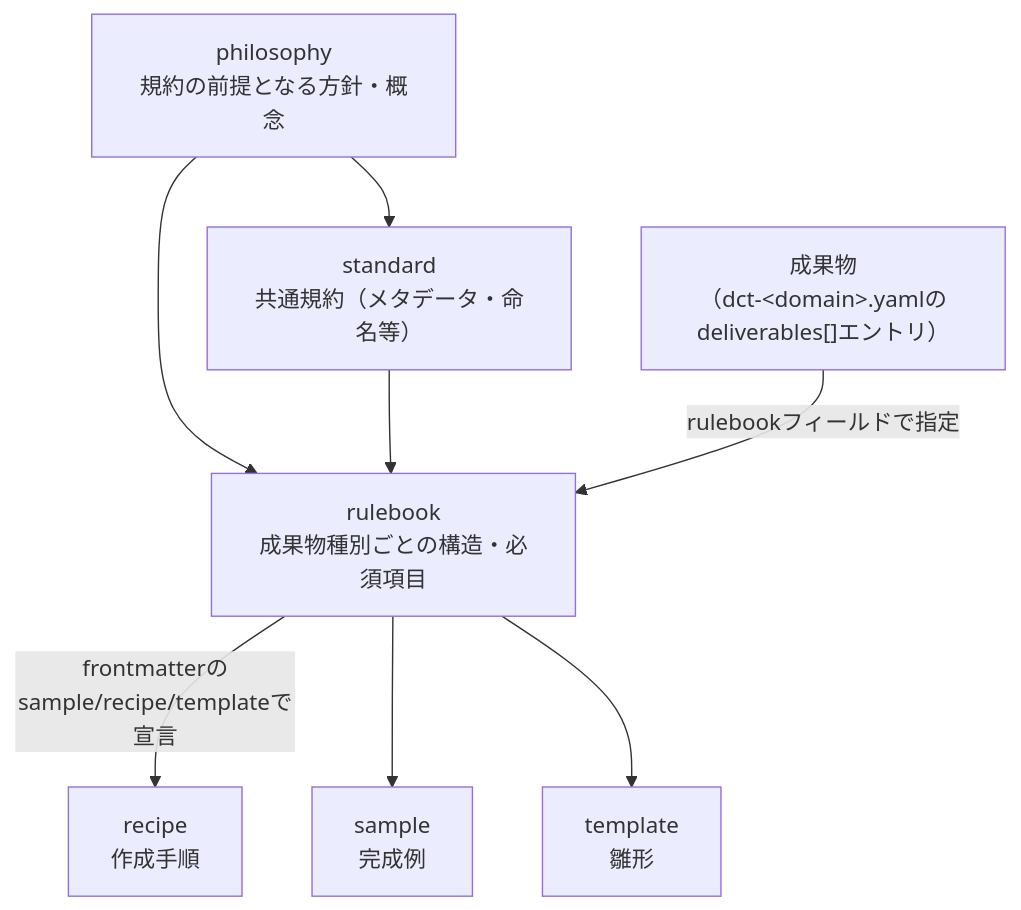
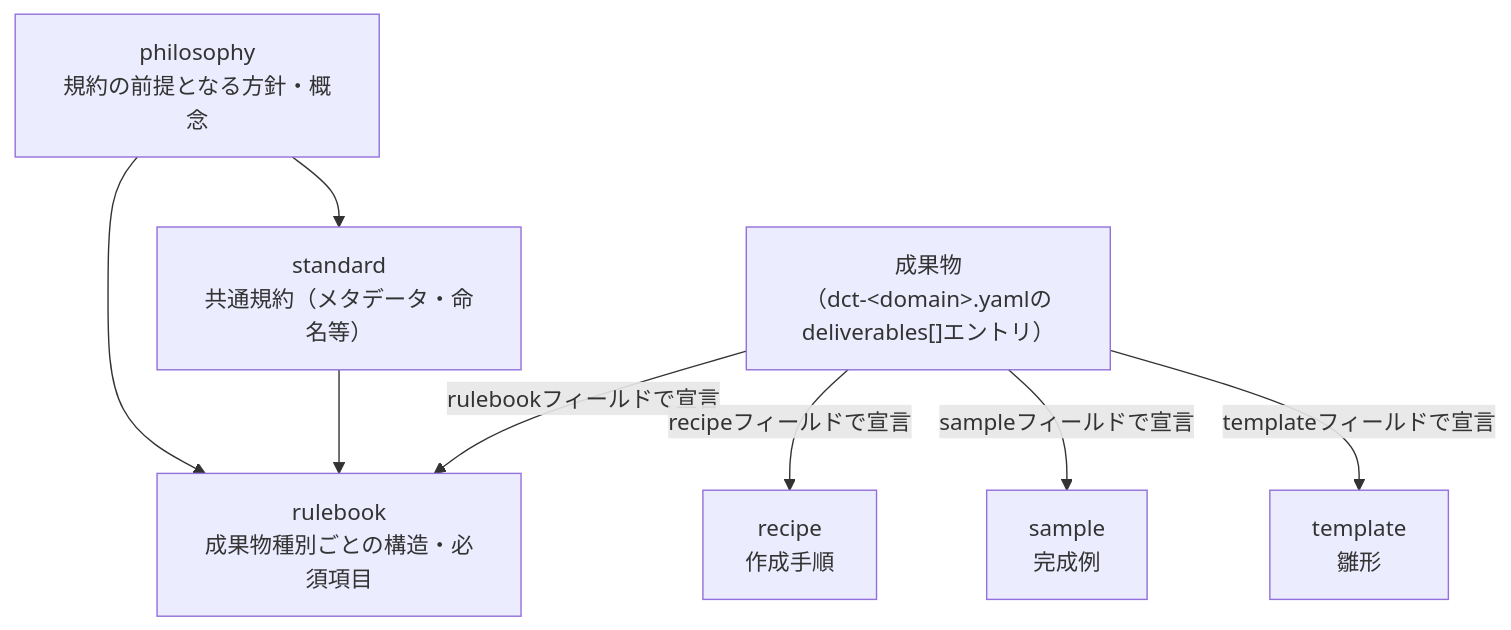
Before and after one commit to specdojo/specdojo: the diagram in docs/ja/specdojo/guides/practice-system-composition-guide.md, drawn with Mermaid. The commit also changed other lines of this file and 81 other files, not shown here.

````diff
--- a/docs/ja/specdojo/guides/practice-system-composition-guide.md
+++ b/docs/ja/specdojo/guides/practice-system-composition-guide.md
@@ -61,18 +61,18 @@
 ```mermaid
 flowchart TB
   PHIL["philosophy<br/>規約の前提となる方針・概念"]
   STD["standard<br/>共通規約（メタデータ・命名等）"]
   RB["rulebook<br/>成果物種別ごとの構造・必須項目"]
   RC["recipe<br/>作成手順"]
   TPL["template<br/>雛形"]
   SMP["sample<br/>完成例"]
   DEL["成果物<br/>（dct-&lt;domain&gt;.yamlのdeliverables[]エントリ）"]
 
   PHIL --> STD
   PHIL --> RB
   STD --> RB
-  DEL -->|rulebookフィールドで指定| RB
-  RB -->|frontmatterのsample/recipe/templateで宣言| RC
-  RB --> SMP
-  RB --> TPL
+  DEL -->|rulebookフィールドで宣言| RB
+  DEL -->|recipeフィールドで宣言| RC
+  DEL -->|sampleフィールドで宣言| SMP
+  DEL -->|templateフィールドで宣言| TPL
 ```
````
